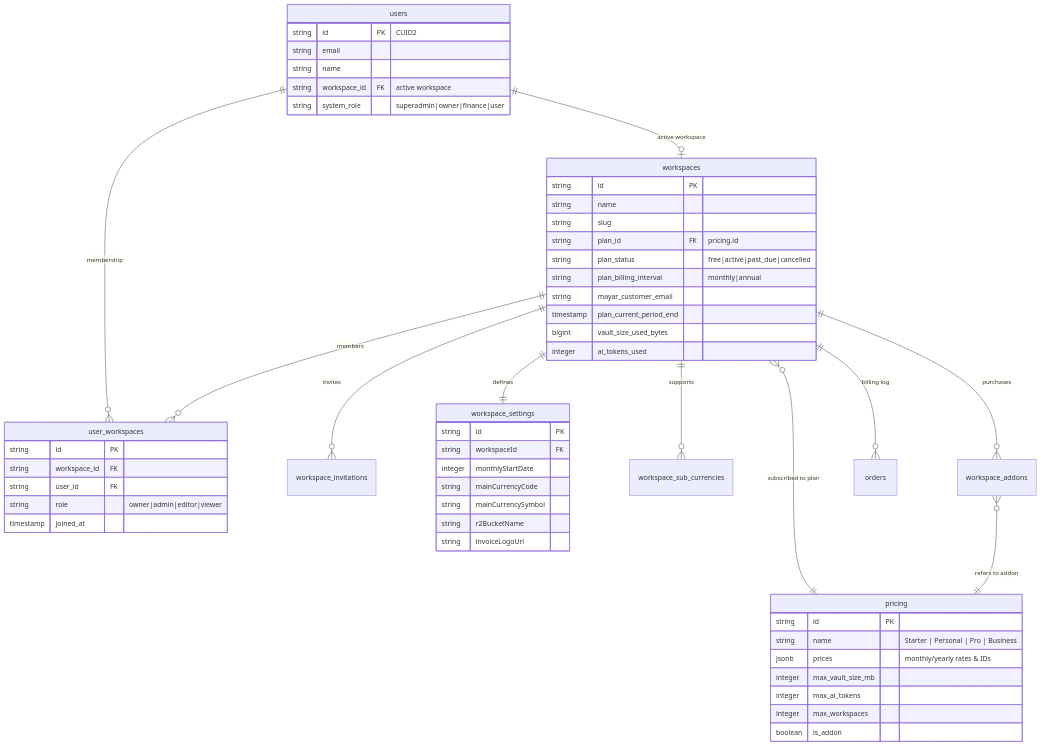
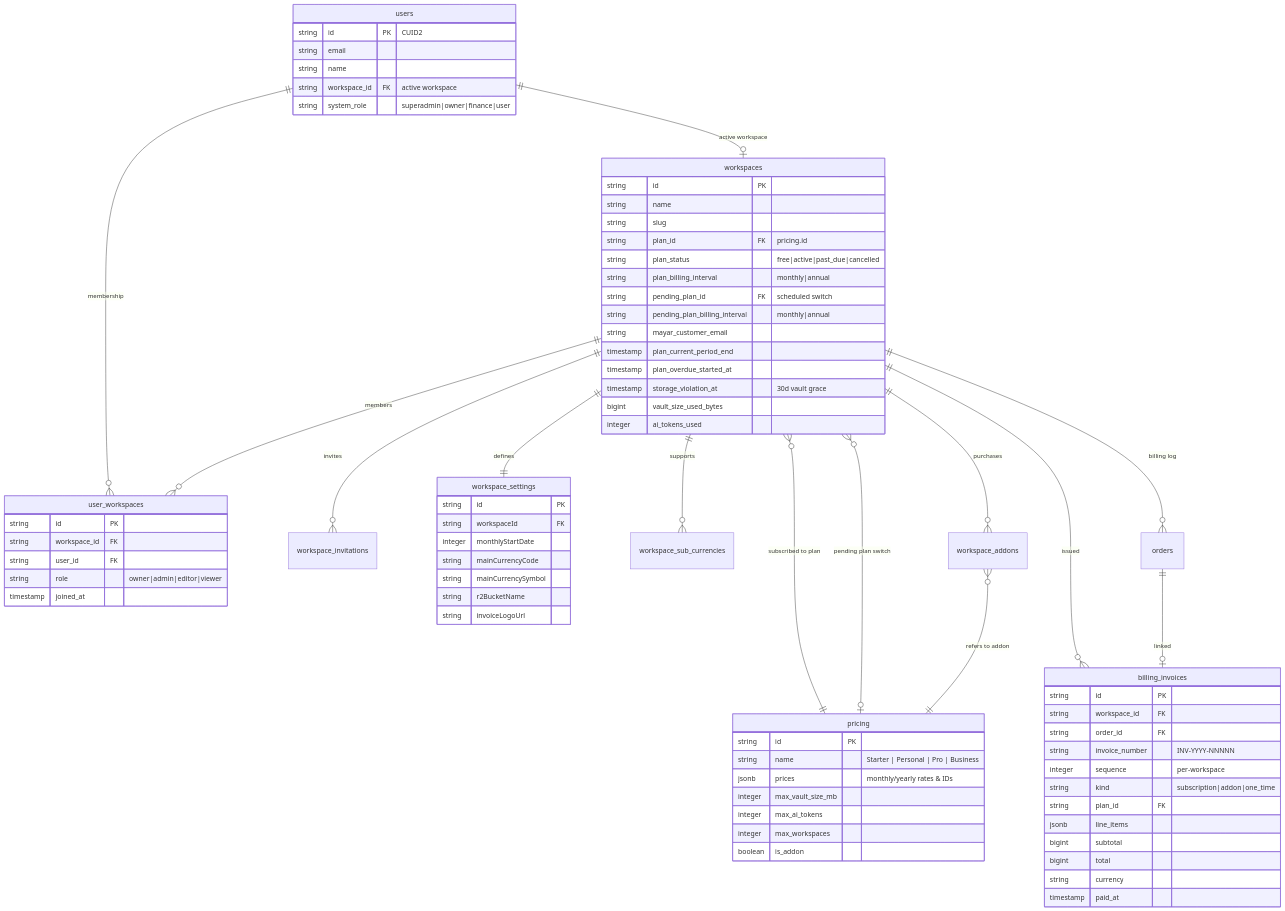
The diagram in docs/WORKSPACE_BILLING_SETTINGS.md (lazlanrafar/oewang), drawn with Mermaid before and after one commit. The commit also changed other lines of this file and 33 other files, not shown here.

Commit message:
feat: implement billing invoice management, workspace storage violation lifecycle, and plan subscription controls

```diff
--- a/docs/WORKSPACE_BILLING_SETTINGS.md
+++ b/docs/WORKSPACE_BILLING_SETTINGS.md
@@ -39,8 +39,11 @@
     workspaces ||--o{ workspace_sub_currencies : "supports"
     workspaces ||--o{ workspace_addons : "purchases"
     workspaces }o--|| pricing : "subscribed to plan"
+    workspaces }o--o| pricing : "pending plan switch"
     workspace_addons }o--|| pricing : "refers to addon"
     workspaces ||--o{ orders : "billing log"
+    workspaces ||--o{ billing_invoices : "issued"
+    orders ||--o| billing_invoices : "linked"
 
     users {
         string id PK "CUID2"
@@ -57,10 +60,29 @@
         string plan_id FK "pricing.id"
         string plan_status "free|active|past_due|cancelled"
         string plan_billing_interval "monthly|annual"
+        string pending_plan_id FK "scheduled switch"
+        string pending_plan_billing_interval "monthly|annual"
         string mayar_customer_email
         timestamp plan_current_period_end
+        timestamp plan_overdue_started_at
+        timestamp storage_violation_at "30d vault grace"
         bigint vault_size_used_bytes
         integer ai_tokens_used
+    }
+
+    billing_invoices {
+        string id PK
+        string workspace_id FK
+        string order_id FK
+        string invoice_number "INV-YYYY-NNNNN"
+        integer sequence "per-workspace"
+        string kind "subscription|addon|one_time"
+        string plan_id FK
+        jsonb line_items
+        bigint subtotal
+        bigint total
+        string currency
+        timestamp paid_at
     }
 
     user_workspaces {
```
